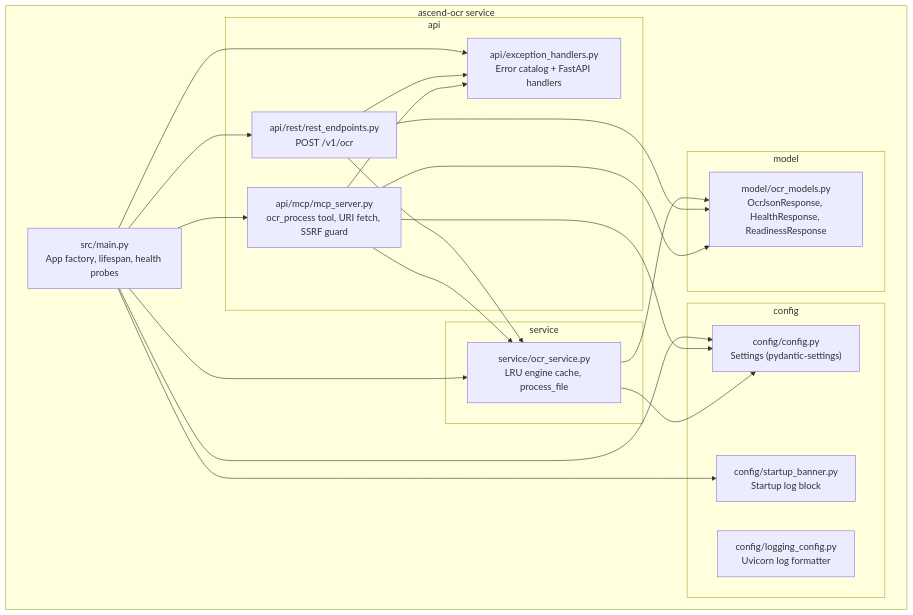
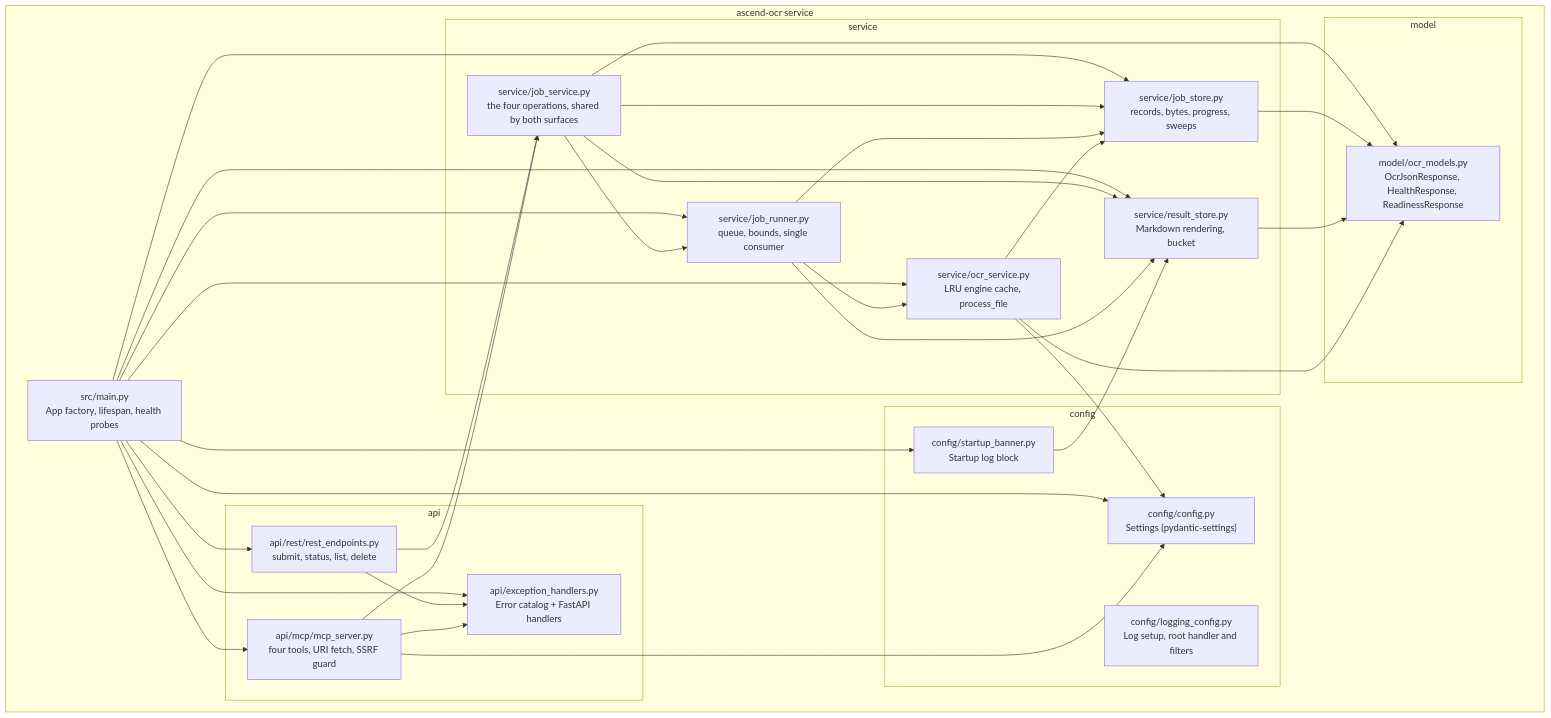
Before and after one commit to Lukk17/AscendAI: the diagram in apps/ascend-ocr/docs/architecture/arc42/05-building-block-view.md, drawn with Mermaid. The commit also changed other lines of this file and 1022 other files, not shown here.

First line of the commit message:
feat(ocr): move ascend-ocr to a job interface, add Pact contract tests and release six services (#5)

````diff
--- a/apps/ascend-ocr/docs/architecture/arc42/05-building-block-view.md
+++ b/apps/ascend-ocr/docs/architecture/arc42/05-building-block-view.md
@@ -7,42 +7,58 @@
 ```mermaid
 graph TB
     subgraph "ascend-ocr service"
         main["src/main.py<br/>App factory, lifespan, health probes"]
 
         subgraph "api"
-            rest["api/rest/rest_endpoints.py<br/>POST /v1/ocr"]
-            mcp["api/mcp/mcp_server.py<br/>ocr_process tool, URI fetch, SSRF guard"]
+            rest["api/rest/rest_endpoints.py<br/>submit, status, list, delete"]
+            mcp["api/mcp/mcp_server.py<br/>four tools, URI fetch, SSRF guard"]
             exc["api/exception_handlers.py<br/>Error catalog + FastAPI handlers"]
         end
 
         subgraph "service"
+            jobsvc["service/job_service.py<br/>the four operations, shared by both surfaces"]
+            runner["service/job_runner.py<br/>queue, bounds, single consumer"]
+            store["service/job_store.py<br/>records, bytes, progress, sweeps"]
+            results["service/result_store.py<br/>Markdown rendering, bucket"]
             svc["service/ocr_service.py<br/>LRU engine cache, process_file"]
         end
 
         subgraph "config"
             cfg["config/config.py<br/>Settings (pydantic-settings)"]
-            log["config/logging_config.py<br/>Uvicorn log formatter"]
+            log["config/logging_config.py<br/>Log setup, root handler and filters"]
             banner["config/startup_banner.py<br/>Startup log block"]
         end
 
         subgraph "model"
             models["model/ocr_models.py<br/>OcrJsonResponse, HealthResponse, ReadinessResponse"]
         end
     end
 
     main --> rest
     main --> mcp
     main --> exc
     main --> svc
+    main --> runner
+    main --> store
+    main --> results
     main --> cfg
     main --> banner
-    rest --> svc
+    rest --> jobsvc
     rest --> exc
-    mcp --> svc
+    mcp --> jobsvc
     mcp --> exc
     mcp --> cfg
+    jobsvc --> store
+    jobsvc --> runner
+    jobsvc --> results
+    jobsvc --> models
+    runner --> store
+    runner --> results
+    runner --> svc
+    store --> models
+    results --> models
     svc --> cfg
+    svc --> store
     svc --> models
-    rest --> models
-    mcp --> models
+    banner --> results
 ```
````
